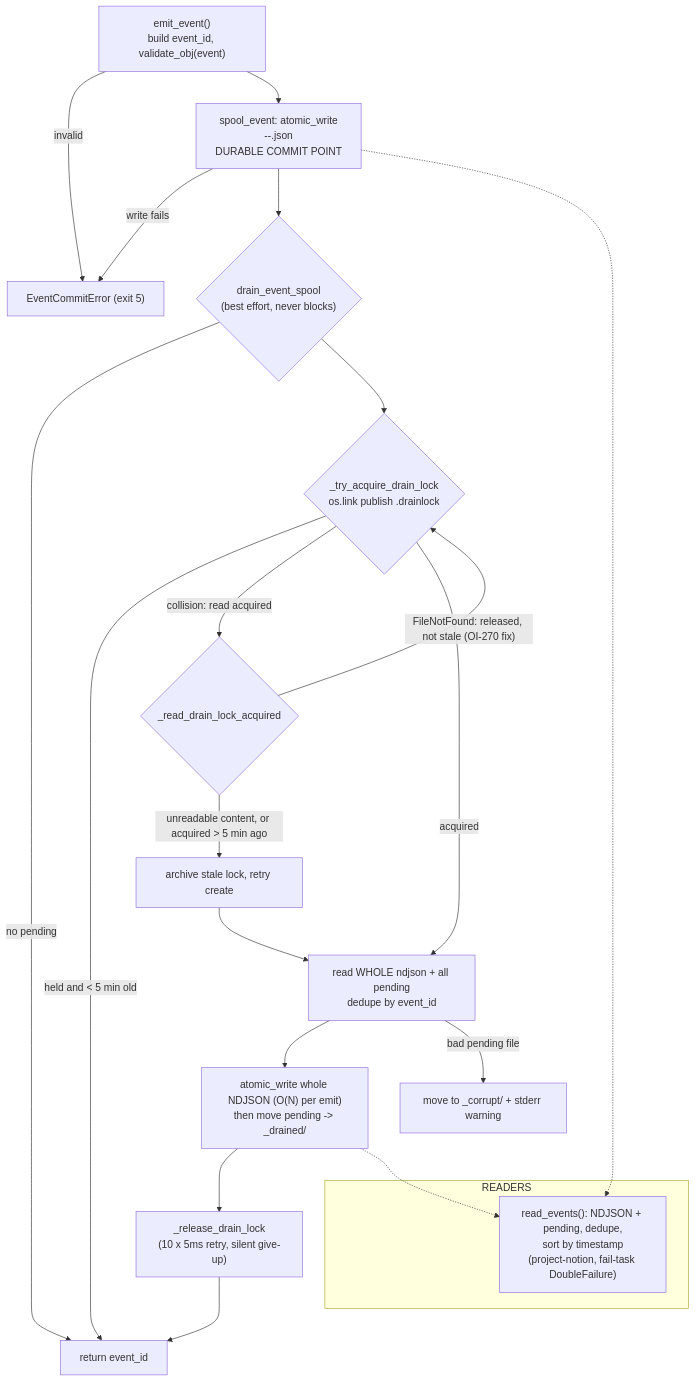
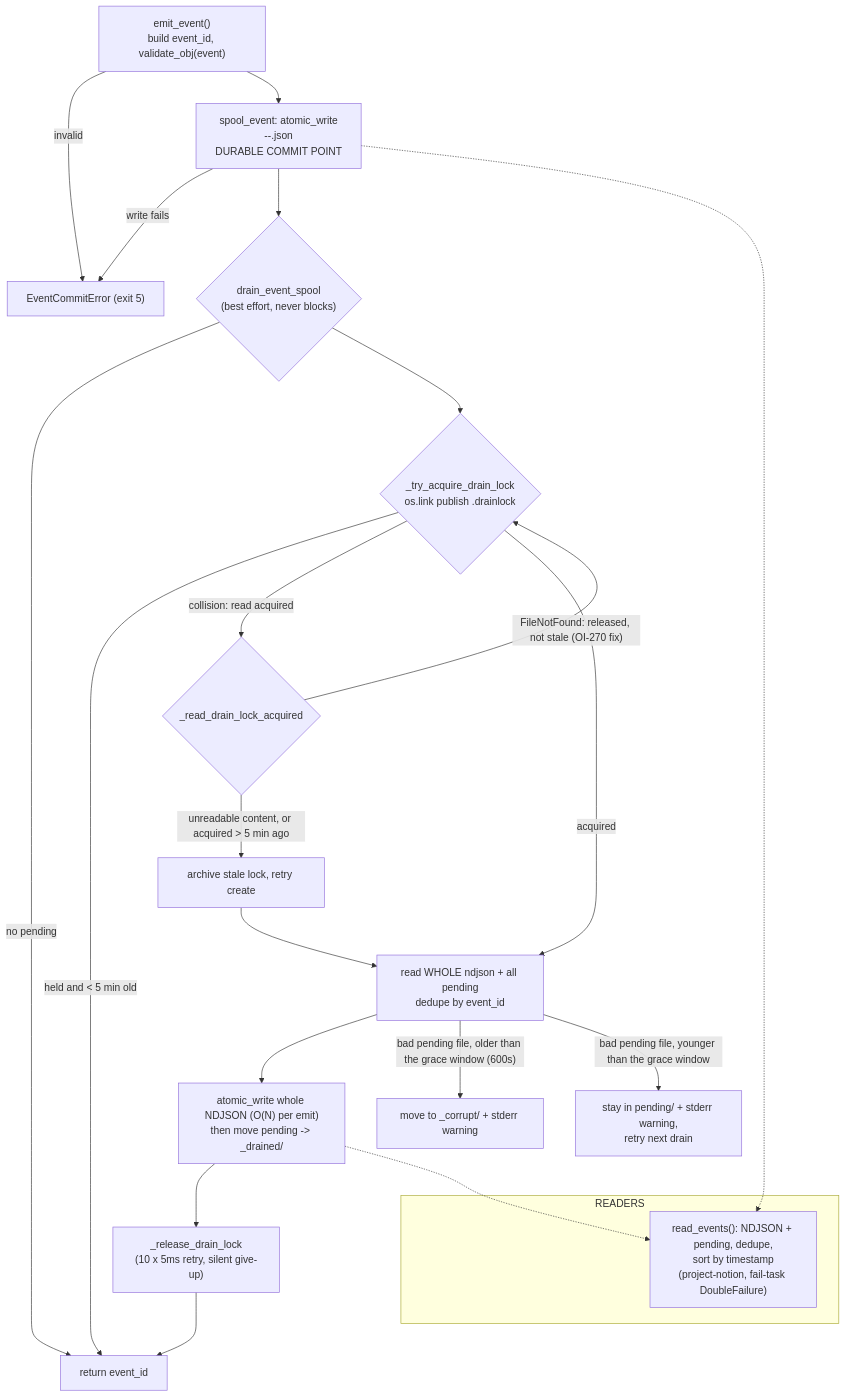
Before and after one commit to ZeOoba/AAOS: the second of 4 diagrams in docs/DIAGRAMS.md, drawn with Mermaid. The commit also changed 5 other files, not shown here.

First line of the commit message:
fix(drain): truthful grace-window messages, read_events warns on skipped files, document the mtime limit

````diff
--- a/docs/DIAGRAMS.md
+++ b/docs/DIAGRAMS.md
@@ -63,25 +63,26 @@
 ```mermaid
 flowchart TB
     EMIT["emit_event()\nbuild event_id, validate_obj(event)"] -->|invalid| ERR5["EventCommitError (exit 5)"]
     EMIT --> SPOOL["spool_event: atomic_write\n<time_ns>-<pid>-<uuid>.json\nDURABLE COMMIT POINT"]
     SPOOL -->|write fails| ERR5
     SPOOL --> DRAIN{"drain_event_spool\n(best effort, never blocks)"}
     DRAIN -->|"no pending"| DONE["return event_id"]
     DRAIN --> LOCK{"_try_acquire_drain_lock\nos.link publish .drainlock"}
     LOCK -->|"held and < 5 min old"| DONE
     LOCK -->|"collision: read acquired"| STALE{"_read_drain_lock_acquired"}
     STALE -->|"FileNotFound: released, not stale (OI-270 fix)"| LOCK
     STALE -->|"unreadable content, or acquired > 5 min ago"| STEAL2["archive stale lock, retry create"]
     LOCK -->|acquired| FOLD["read WHOLE ndjson + all pending\ndedupe by event_id"]
     STEAL2 --> FOLD
     FOLD --> WRITE["atomic_write whole NDJSON (O(N) per emit)\nthen move pending -> _drained/"]
     WRITE --> REL["_release_drain_lock\n(10 x 5ms retry, silent give-up)"]
     REL --> DONE
-    FOLD -->|"bad pending file"| CORRUPT["move to _corrupt/ + stderr warning"]
+    FOLD -->|"bad pending file, older than the grace window (600s)"| CORRUPT["move to _corrupt/ + stderr warning"]
+    FOLD -->|"bad pending file, younger than the grace window"| DEFER["stay in pending/ + stderr warning,\nretry next drain"]
 
     subgraph READERS
       RE["read_events(): NDJSON + pending, dedupe,\nsort by timestamp\n(project-notion, fail-task DoubleFailure)"]
     end
     WRITE -.-> RE
     SPOOL -.-> RE
 ```
````
